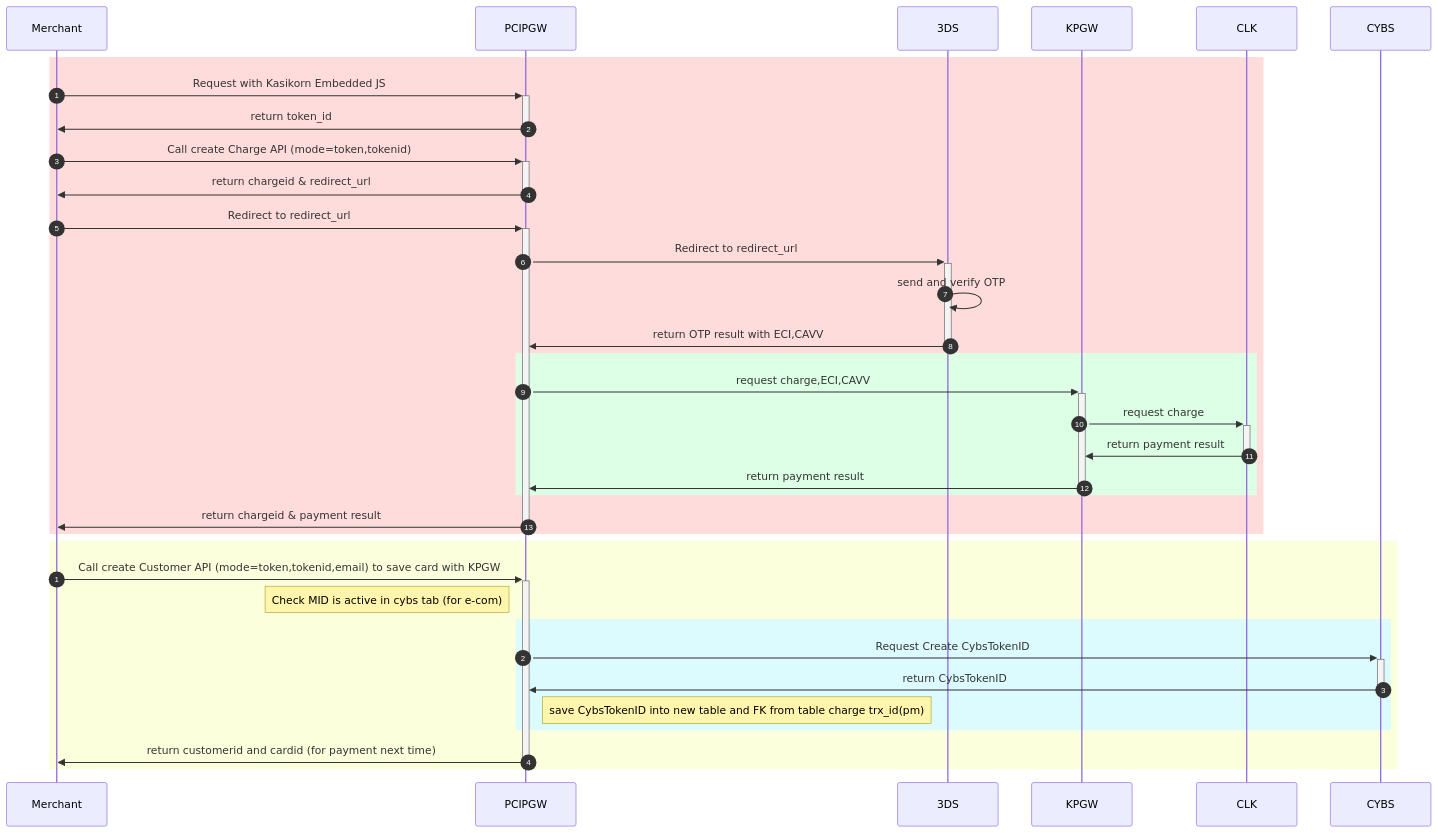
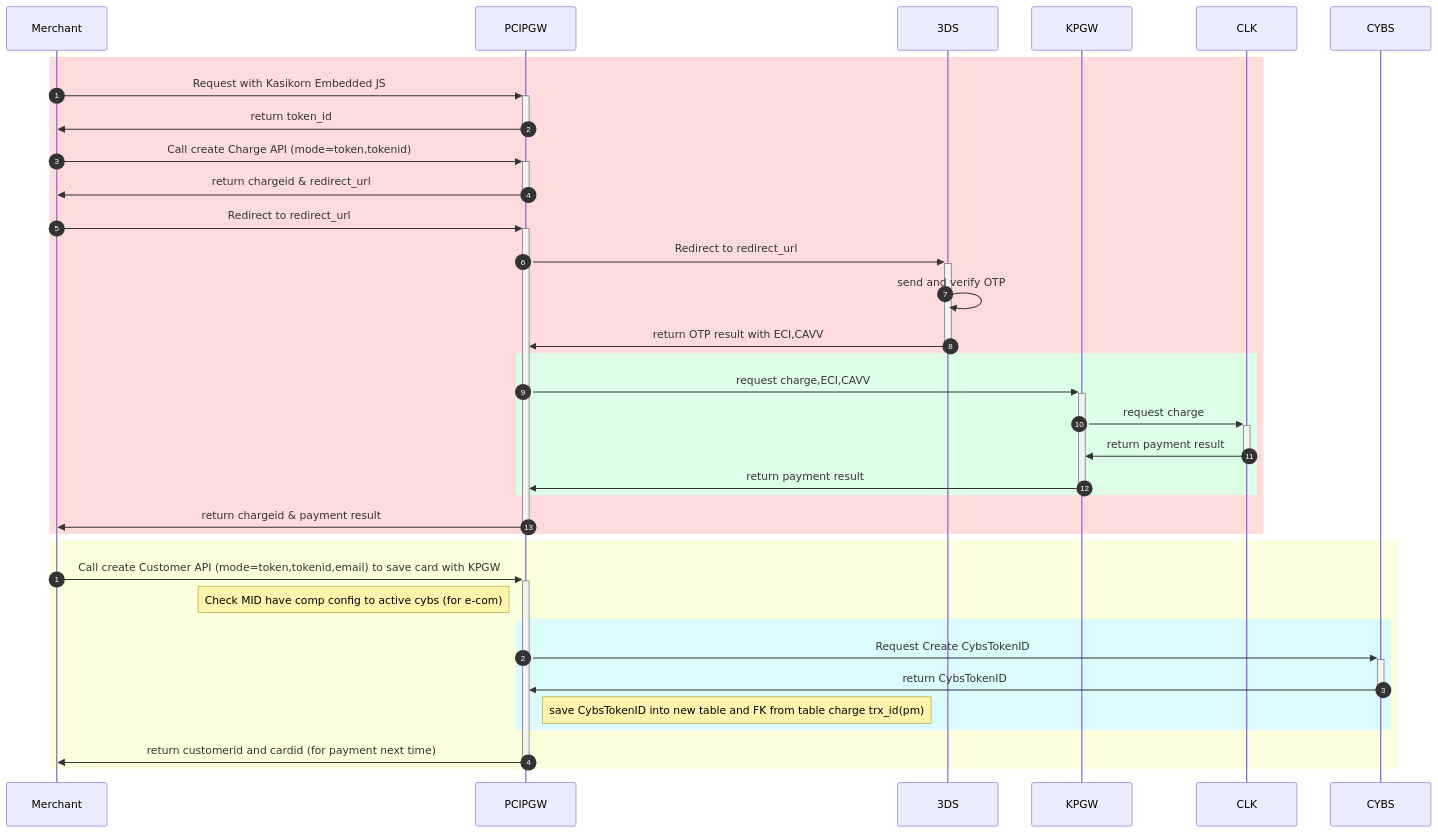
The second of 9 diagrams in Cybs-Ph2-Flow-new1.md (yuusuke25/MyNotes), drawn with Mermaid before and after one commit. The commit also changed other lines of this file, not shown here.

````diff
--- a/Cybs-Ph2-Flow-new1.md
+++ b/Cybs-Ph2-Flow-new1.md
@@ -37,37 +37,37 @@
 ```mermaid
     sequenceDiagram
         autonumber 1
         rect rgb(255, 220, 220)
             %% Customer->>Merchant:confirm to pay
             Merchant->>+PCIPGW:Request with Kasikorn Embedded JS
             PCIPGW->>-Merchant:return token_id
             Merchant->>+PCIPGW:Call create Charge API (mode=token,tokenid)
             PCIPGW->>-Merchant:return chargeid & redirect_url
 
             Merchant->>+PCIPGW:Redirect to redirect_url
             PCIPGW->>+3DS:Redirect to redirect_url
             3DS->>3DS:send and verify OTP
             3DS->>-PCIPGW:return OTP result with ECI,CAVV
 
             rect rgb(220, 255, 229)
                 PCIPGW->>+KPGW:request charge,ECI,CAVV
                 KPGW->>+CLK:request charge
                 CLK->>-KPGW:return payment result
                 KPGW->>-PCIPGW:return payment result
             end
             
             PCIPGW->>-Merchant:return chargeid & payment result
         end
         autonumber 1
         rect rgb(252, 255, 220)
             Merchant->>+PCIPGW:Call create Customer API (mode=token,tokenid,email) to save card with KPGW
-              Note left of PCIPGW: Check MID is active in cybs tab (for e-com)
+              Note left of PCIPGW: Check MID have comp config to active cybs (for e-com)
               rect rgb(220, 251, 255)
                   PCIPGW->>+CYBS:Request Create CybsTokenID
                   CYBS->>-PCIPGW:return CybsTokenID
                   Note right of PCIPGW: save CybsTokenID into new table and FK from table charge trx_id(pm)
               end
             PCIPGW->>-Merchant:return customerid and cardid (for payment next time)
         end
 
 ```
````
